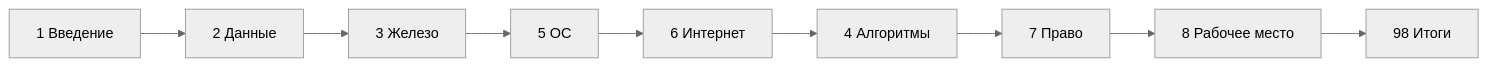
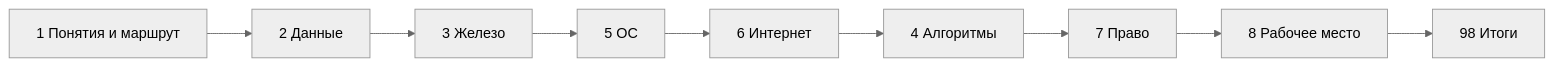
Before and after one commit to Spirzen/it-knowledge-base: the diagram in docs/encyclopedia/1-basics/1-035-bazovaya-informatika/intro.md, drawn with Mermaid (neutral theme). The commit also changed other lines of this file and 518 other files, not shown here.

````diff
--- a/docs/encyclopedia/1-basics/1-035-bazovaya-informatika/intro.md
+++ b/docs/encyclopedia/1-basics/1-035-bazovaya-informatika/intro.md
@@ -68,11 +69,11 @@
 ```mermaid
 flowchart LR
-    A["1 Введение"] --> B["2 Данные"]
+    A["1 Понятия и маршрут"] --> B["2 Данные"]
     B --> C["3 Железо"]
     C --> D["5 ОС"]
     D --> E["6 Интернет"]
     E --> F["4 Алгоритмы"]
     F --> G["7 Право"]
     G --> H["8 Рабочее место"]
     H --> I["98 Итоги"]
 ```
````
